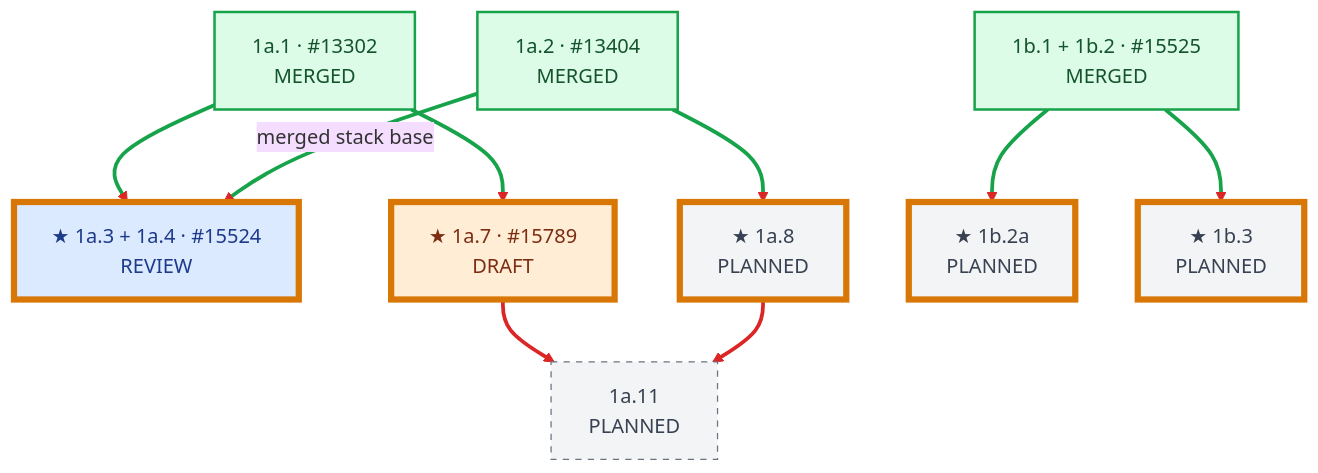
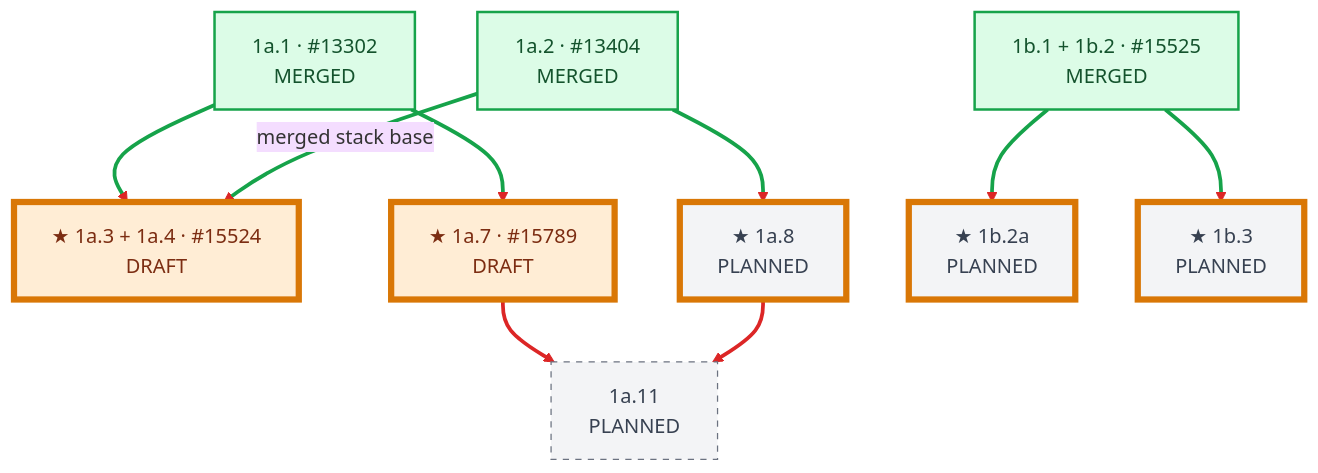
One commit to chienchunhung/TensorRT-LLM changed the third of 8 diagrams in docs/design/wide-ep-fault-tolerance/pr-execution/mvp-dependency-graph.md. Above: the diagram before and after it, drawn with Mermaid (base theme). The commit also changed other lines of this file, not shown here.

Commit message:
docs: add holistic MVP dependency graph

````diff
--- a/docs/design/wide-ep-fault-tolerance/pr-execution/mvp-dependency-graph.md
+++ b/docs/design/wide-ep-fault-tolerance/pr-execution/mvp-dependency-graph.md
@@ -102,36 +236,35 @@
 ```mermaid
 flowchart TB
     A1_1["1a.1 · #13302<br/>MERGED"]
     A1_2["1a.2 · #13404<br/>MERGED"]
-    A1_34["★ 1a.3 + 1a.4 · #15524<br/>REVIEW"]
+    A1_34["★ 1a.3 + 1a.4 · #15524<br/>DRAFT"]
     A1_7["★ 1a.7 · #15789<br/>DRAFT"]
     A1_8["★ 1a.8<br/>PLANNED"]
     A1_11["1a.11<br/>PLANNED"]
     B1_12["1b.1 + 1b.2 · #15525<br/>MERGED"]
     B1_2A["★ 1b.2a<br/>PLANNED"]
     B1_3["★ 1b.3<br/>PLANNED"]
 
     A1_1 --> A1_34
     A1_2 -->|merged stack base| A1_34
     A1_1 --> A1_7
     A1_2 --> A1_8
     B1_12 --> B1_2A
     B1_12 --> B1_3
     A1_7 --> A1_11
     A1_8 --> A1_11
 
     linkStyle default stroke:#dc2626,stroke-width:3px;
     linkStyle 0,1,2,3,4,5 stroke:#16a34a,stroke-width:3px;
 
     classDef merged fill:#dcfce7,stroke:#16a34a,color:#14532d,stroke-width:2px;
     classDef draft fill:#ffedd5,stroke:#f97316,color:#7c2d12,stroke-width:2px;
     classDef reviewing fill:#dbeafe,stroke:#2563eb,color:#1e3a8a,stroke-width:2px;
     classDef planned fill:#f3f4f6,stroke:#6b7280,color:#374151,stroke-dasharray:5 5;
     classDef candidate stroke:#d97706,stroke-width:5px,stroke-dasharray:0;
 
     class A1_1,A1_2,B1_12 merged;
-    class A1_7 draft;
-    class A1_34 reviewing;
+    class A1_34,A1_7 draft;
     class A1_8,A1_11,B1_2A,B1_3 planned;
     class A1_34,A1_7,A1_8,B1_2A,B1_3 candidate;
 ```
````
